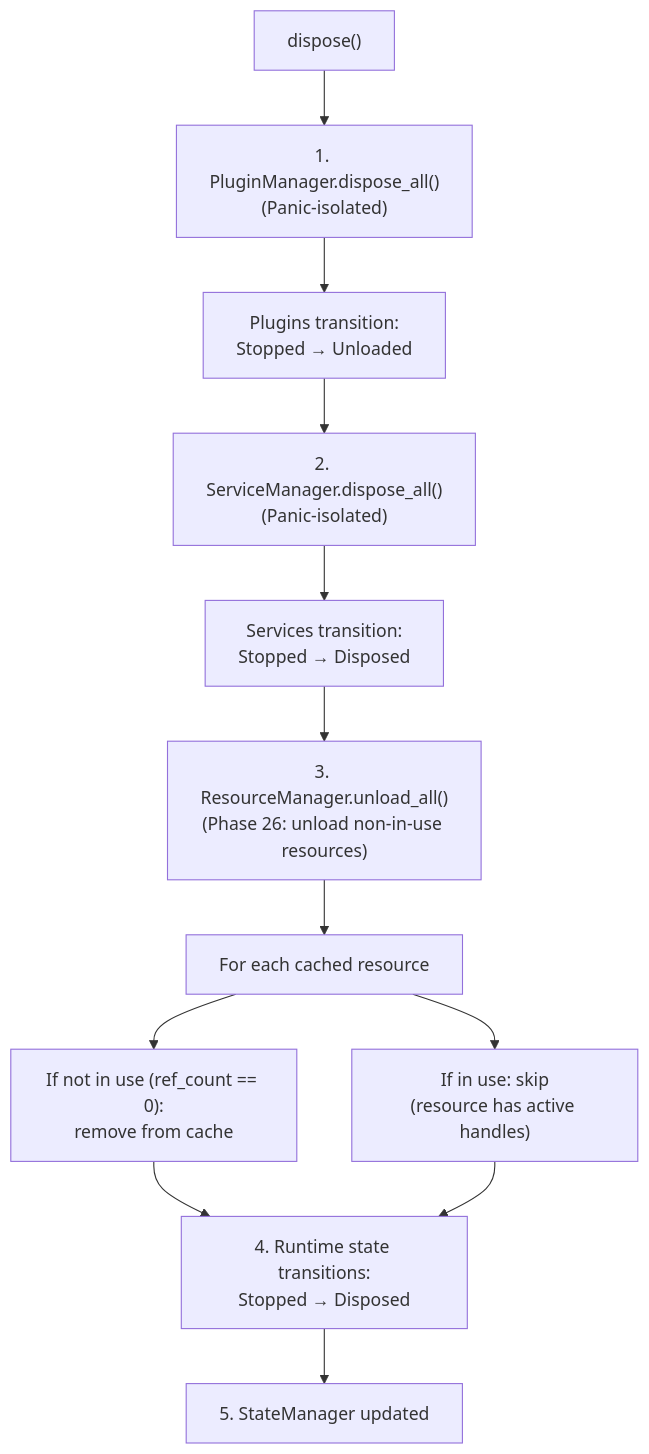
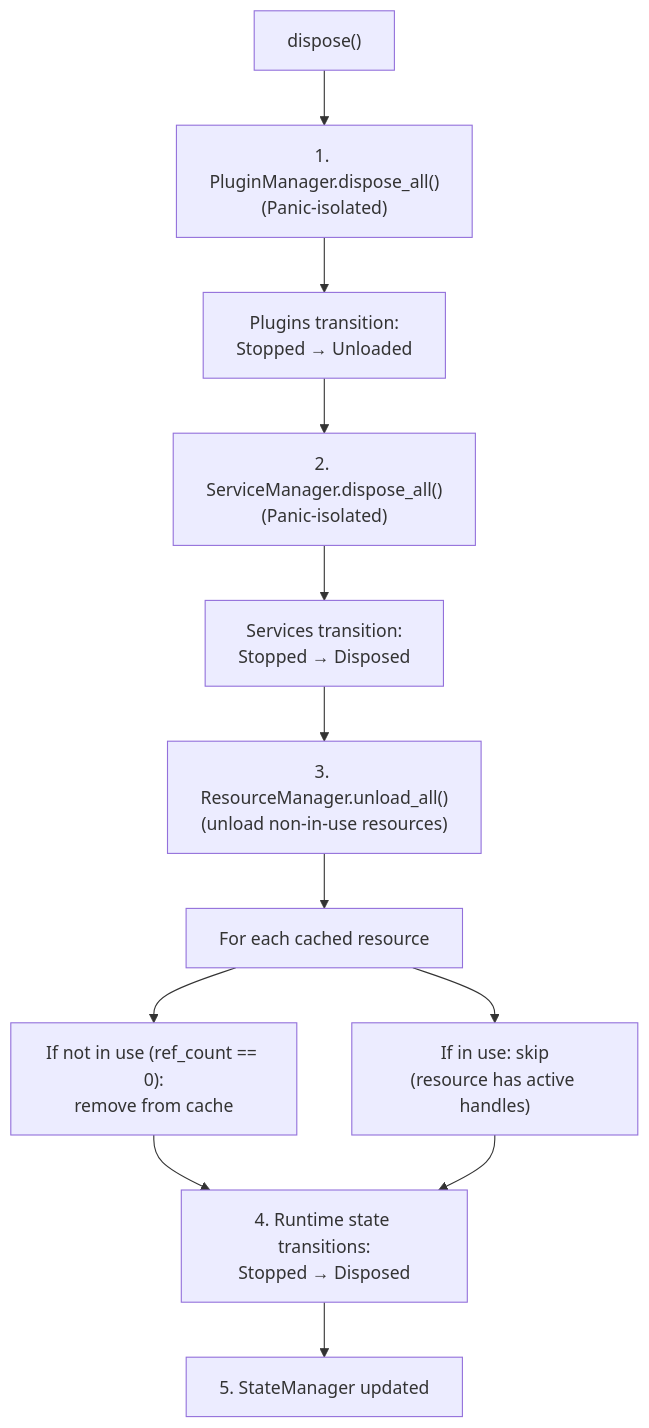
The sixth of 8 diagrams in md_docs/app_engine_docs/03-bootstrap-and-lifecycle.md (Unique-Digital-Resources/AppShell), drawn with Mermaid before and after one commit. The commit also changed other lines of this file and 34 other files, not shown here.

````diff
--- a/md_docs/app_engine_docs/03-bootstrap-and-lifecycle.md
+++ b/md_docs/app_engine_docs/03-bootstrap-and-lifecycle.md
@@ -311,14 +311,14 @@
 ```mermaid
 flowchart TD
     A["dispose()"] --> B["1. PluginManager.dispose_all()<br/>(Panic-isolated)"]
     B --> B1["Plugins transition:<br/>Stopped → Unloaded"]
     B1 --> C["2. ServiceManager.dispose_all()<br/>(Panic-isolated)"]
     C --> C1["Services transition:<br/>Stopped → Disposed"]
-    C1 --> D["3. ResourceManager.unload_all()<br/>(Phase 26: unload non-in-use resources)"]
+    C1 --> D["3. ResourceManager.unload_all()<br/>(unload non-in-use resources)"]
     D --> E1["For each cached resource"]
     E1 --> E2["If not in use (ref_count == 0):<br/>remove from cache"]
     E1 --> E3["If in use: skip<br/>(resource has active handles)"]
     E2 --> F["4. Runtime state transitions:<br/>Stopped → Disposed"]
     E3 --> F
     F --> G["5. StateManager updated"]
 ```
````
